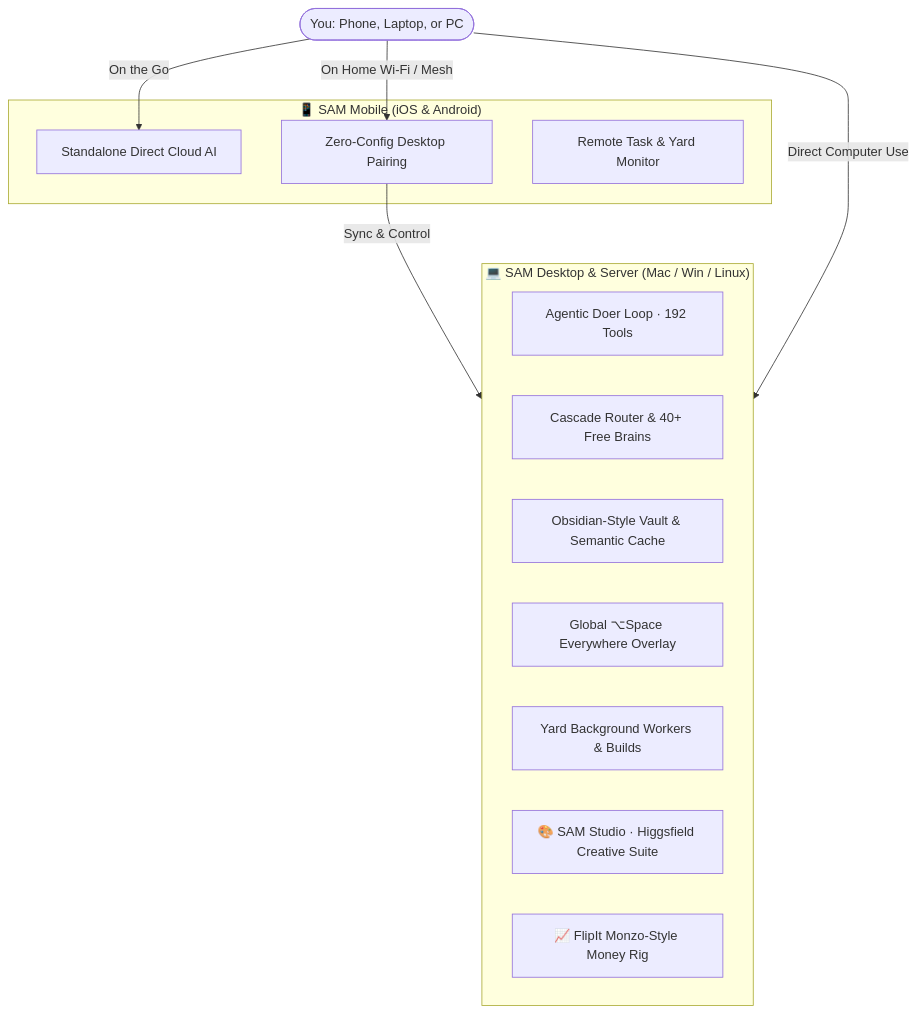
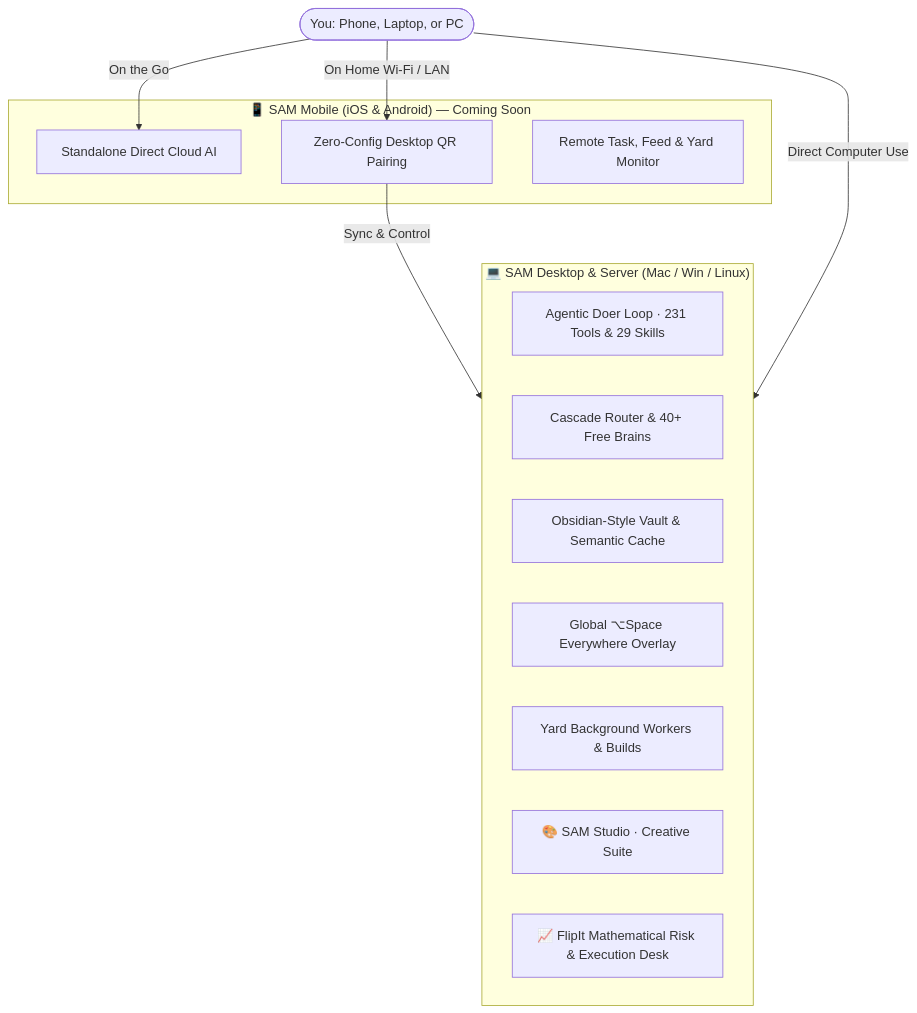
Before and after one commit to richhabits/sam: the diagram in README.md, drawn with Mermaid. The commit also changed other lines of this file and 17 other files, not shown here.

Commit message:
feat(release): verify cross-platform installers, sync 231 tools & 40 brains, and add mobile companion roadmap

````diff
--- a/README.md
+++ b/README.md
@@ -29,25 +37,25 @@
 ```mermaid
 graph TD
     User([You: Phone, Laptop, or PC])
     
-    subgraph Mobile ["📱 SAM Mobile (iOS & Android)"]
+    subgraph Mobile ["📱 SAM Mobile (iOS & Android) — Coming Soon"]
         MobileAI[Standalone Direct Cloud AI]
-        MobilePair[Zero-Config Desktop Pairing]
-        MobileYard[Remote Task & Yard Monitor]
+        MobilePair[Zero-Config Desktop QR Pairing]
+        MobileYard[Remote Task, Feed & Yard Monitor]
     end
     
     subgraph Core ["💻 SAM Desktop & Server (Mac / Win / Linux)"]
-        Agent[Agentic Doer Loop · 192 Tools]
+        Agent[Agentic Doer Loop · 231 Tools & 29 Skills]
         Cascade[Cascade Router & 40+ Free Brains]
         Memory[Obsidian-Style Vault & Semantic Cache]
         Overlay[Global ⌥Space Everywhere Overlay]
         Yard[Yard Background Workers & Builds]
-        Studio[🎨 SAM Studio · Higgsfield Creative Suite]
-        FlipIt[📈 FlipIt Monzo-Style Money Rig]
+        Studio[🎨 SAM Studio · Creative Suite]
+        FlipIt[📈 FlipIt Mathematical Risk & Execution Desk]
     end
 
     User -->|On the Go| MobileAI
-    User -->|On Home Wi-Fi / Mesh| MobilePair
+    User -->|On Home Wi-Fi / LAN| MobilePair
     MobilePair -->|Sync & Control| Core
     User -->|Direct Computer Use| Core
 ```
````
